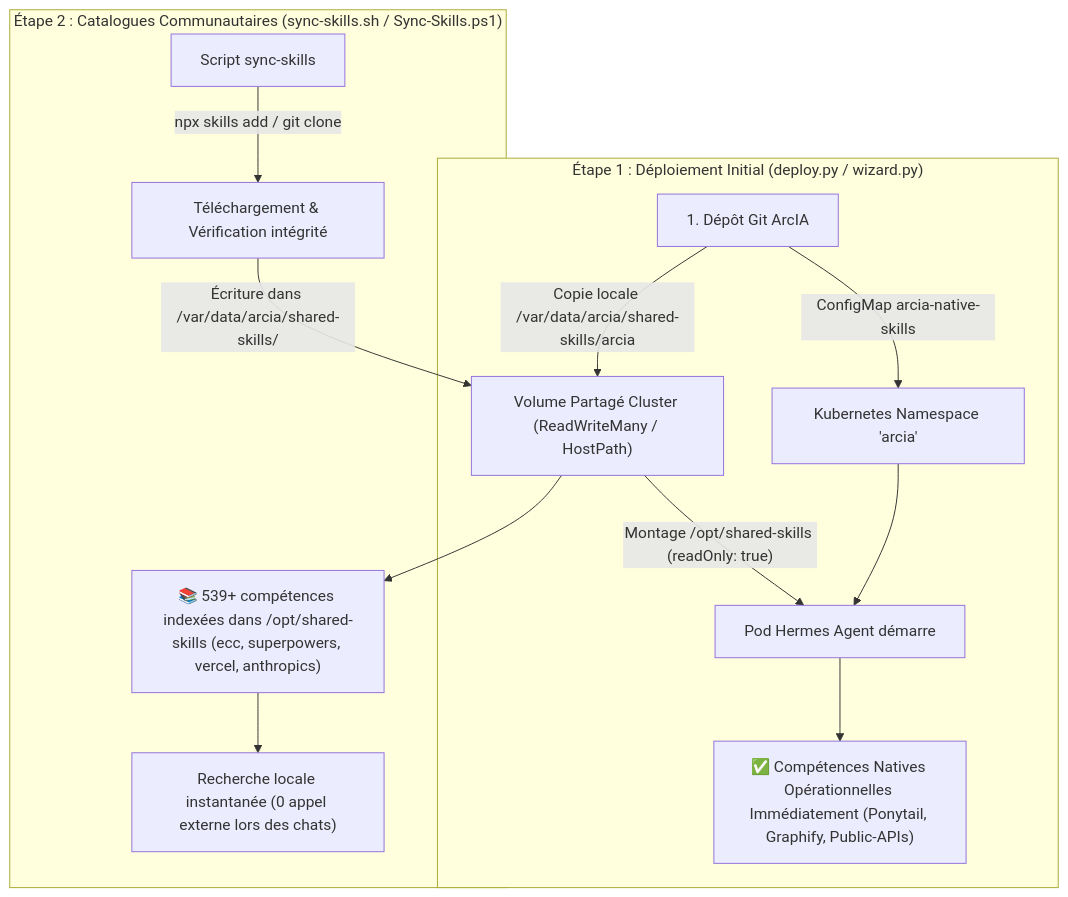
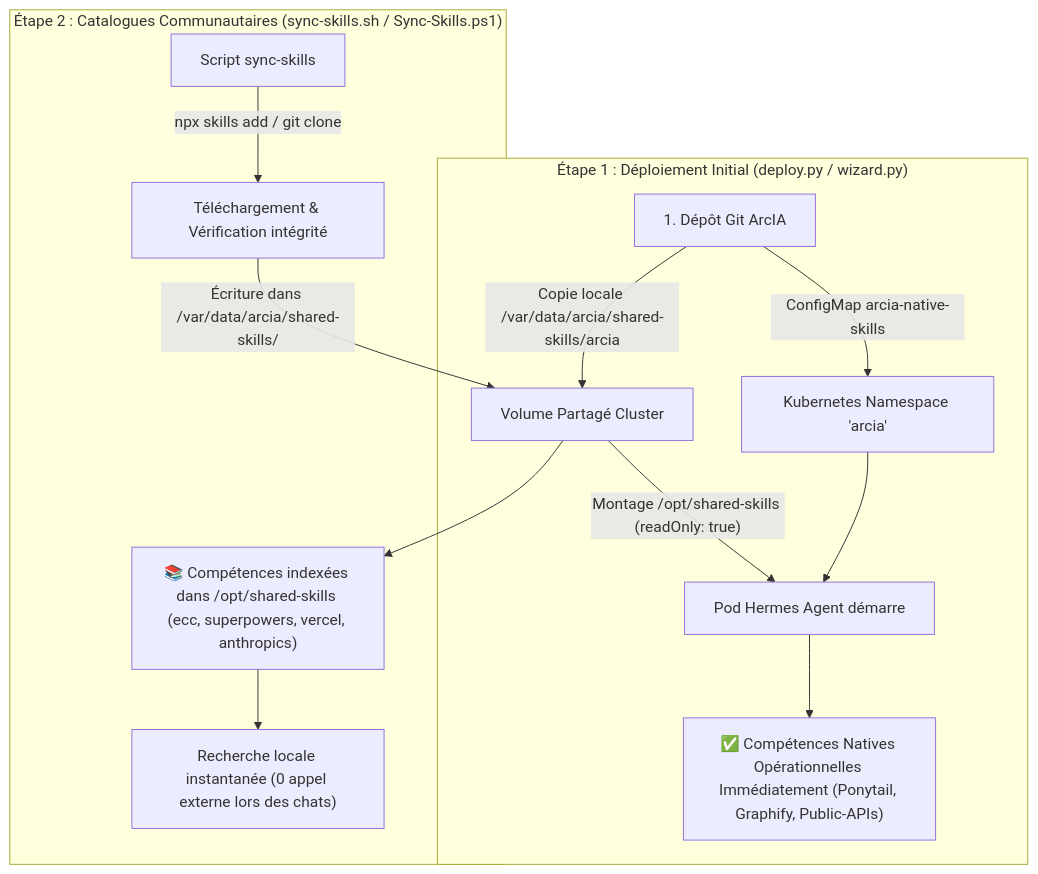
The diagram in skills/README.md (nicolastheuil/ArcIA), drawn with Mermaid before and after one commit. The commit also changed other lines of this file and 86 other files, not shown here.

````diff
--- a/skills/README.md
+++ b/skills/README.md
@@ -44,17 +44,17 @@
 ```mermaid
 flowchart TD
     subgraph S1["Étape 1 : Déploiement Initial (deploy.py / wizard.py)"]
         A["1. Dépôt Git ArcIA"] -->|"ConfigMap arcia-native-skills"| B["Kubernetes Namespace 'arcia'"]
-        A -->|"Copie locale /var/data/arcia/shared-skills/arcia"| C["Volume Partagé Cluster (ReadWriteMany / HostPath)"]
+        A -->|"Copie locale /var/data/arcia/shared-skills/arcia"| C["Volume Partagé Cluster"]
         B --> D["Pod Hermes Agent démarre"]
         C -->|"Montage /opt/shared-skills (readOnly: true)"| D
         D --> E["✅ Compétences Natives Opérationnelles Immédiatement (Ponytail, Graphify, Public-APIs)"]
     end
 
     subgraph S2["Étape 2 : Catalogues Communautaires (sync-skills.sh / Sync-Skills.ps1)"]
         F["Script sync-skills"] -->|"npx skills add / git clone"| G["Téléchargement & Vérification intégrité"]
         G -->|"Écriture dans /var/data/arcia/shared-skills/"| C
-        C --> H["📚 539+ compétences indexées dans /opt/shared-skills (ecc, superpowers, vercel, anthropics)"]
+        C --> H["📚 Compétences indexées dans /opt/shared-skills (ecc, superpowers, vercel, anthropics)"]
         H --> I["Recherche locale instantanée (0 appel externe lors des chats)"]
     end
 ```
````
